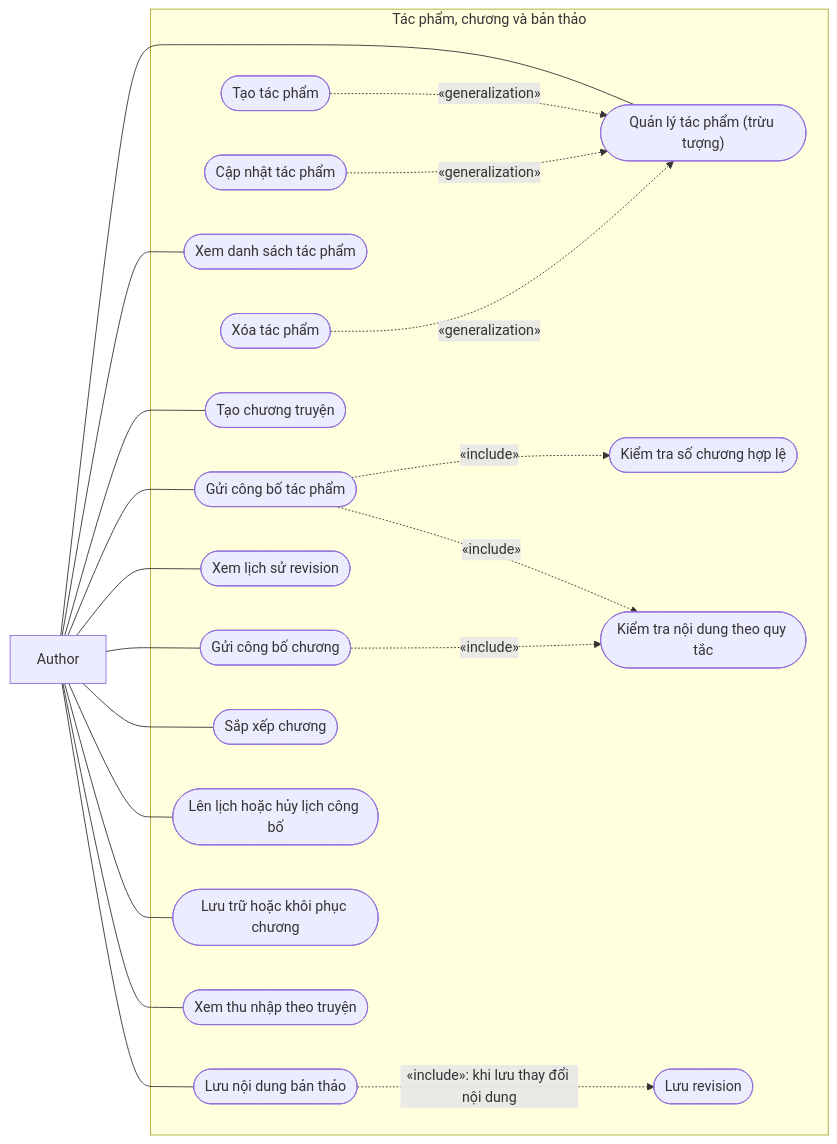
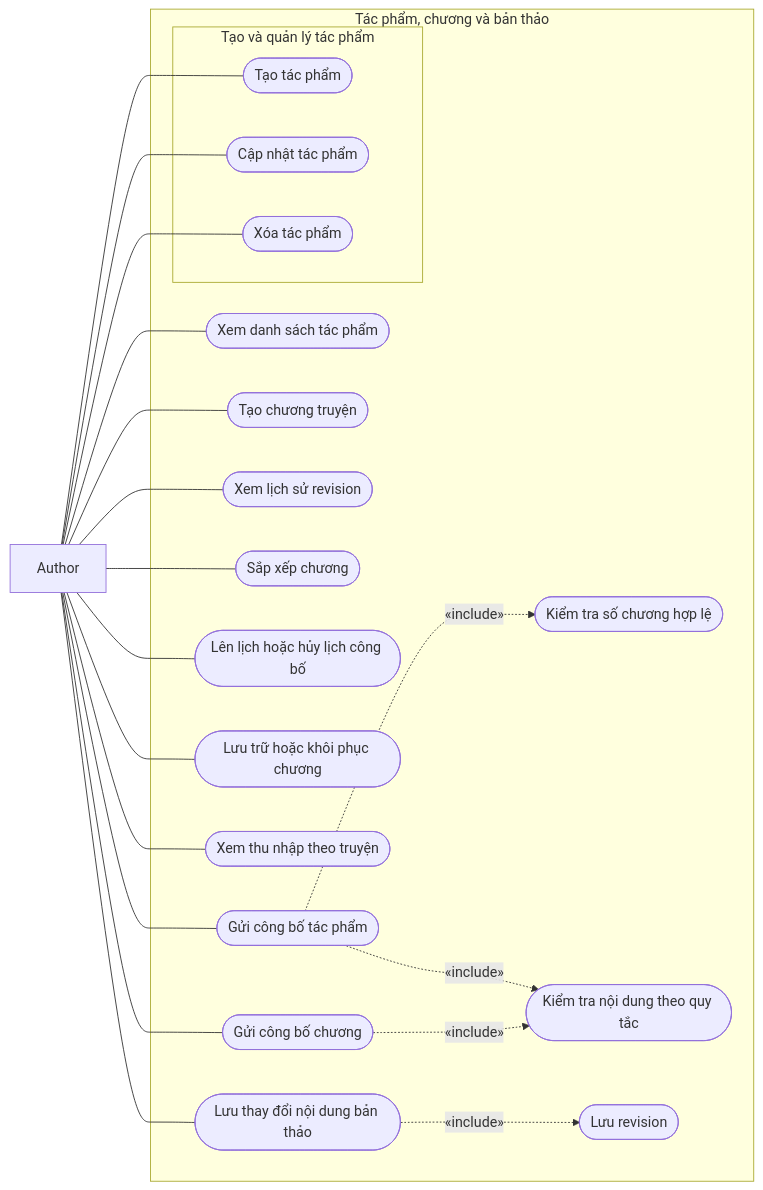
One commit to Ephurin/Novel_sharing_platform changed the first of 2 diagrams in docs/chuong-3-so-do/01b-usecase-tac-gia.md. Above: the diagram before and after it, drawn with Mermaid. The commit also changed other lines of this file, not shown here.

Commit message:
docs: show include/extend relationships only in use cases

````diff
--- a/docs/chuong-3-so-do/01b-usecase-tac-gia.md
+++ b/docs/chuong-3-so-do/01b-usecase-tac-gia.md
@@ -7,41 +9,41 @@
 ```mermaid
 flowchart LR
     A["Author"]
     subgraph SYS["Tác phẩm, chương và bản thảo"]
-        U1(["Quản lý tác phẩm (trừu tượng)"])
-        U2(["Tạo tác phẩm"])
-        U3(["Cập nhật tác phẩm"])
-        U4(["Xóa tác phẩm"])
         U5(["Xem danh sách tác phẩm"])
         U6(["Gửi công bố tác phẩm"])
         U7(["Kiểm tra số chương hợp lệ"])
         U8(["Kiểm tra nội dung theo quy tắc"])
         U9(["Tạo chương truyện"])
-        U10(["Lưu nội dung bản thảo"])
+        U10(["Lưu thay đổi nội dung bản thảo"])
         U11(["Lưu revision"])
         U12(["Xem lịch sử revision"])
         U13(["Gửi công bố chương"])
         U14(["Sắp xếp chương"])
         U15(["Lên lịch hoặc hủy lịch công bố"])
         U16(["Lưu trữ hoặc khôi phục chương"])
         U17(["Xem thu nhập theo truyện"])
+        subgraph G6_1["Tạo và quản lý tác phẩm"]
+            U2(["Tạo tác phẩm"])
+            U3(["Cập nhật tác phẩm"])
+            U4(["Xóa tác phẩm"])
+        end
     end
-    A --- U1
+    A --- U2
+    A --- U3
+    A --- U4
     A --- U5
     A --- U6
     A --- U9
     A --- U10
     A --- U12
     A --- U13
     A --- U14
     A --- U15
     A --- U16
     A --- U17
-    U2 -.->|"«generalization»"| U1
-    U3 -.->|"«generalization»"| U1
-    U4 -.->|"«generalization»"| U1
     U6 -.->|"«include»"| U7
     U6 -.->|"«include»"| U8
     U13 -.->|"«include»"| U8
-    U10 -.->|"«include»: khi lưu thay đổi nội dung"| U11
+    U10 -.->|"«include»"| U11
 ```
````
